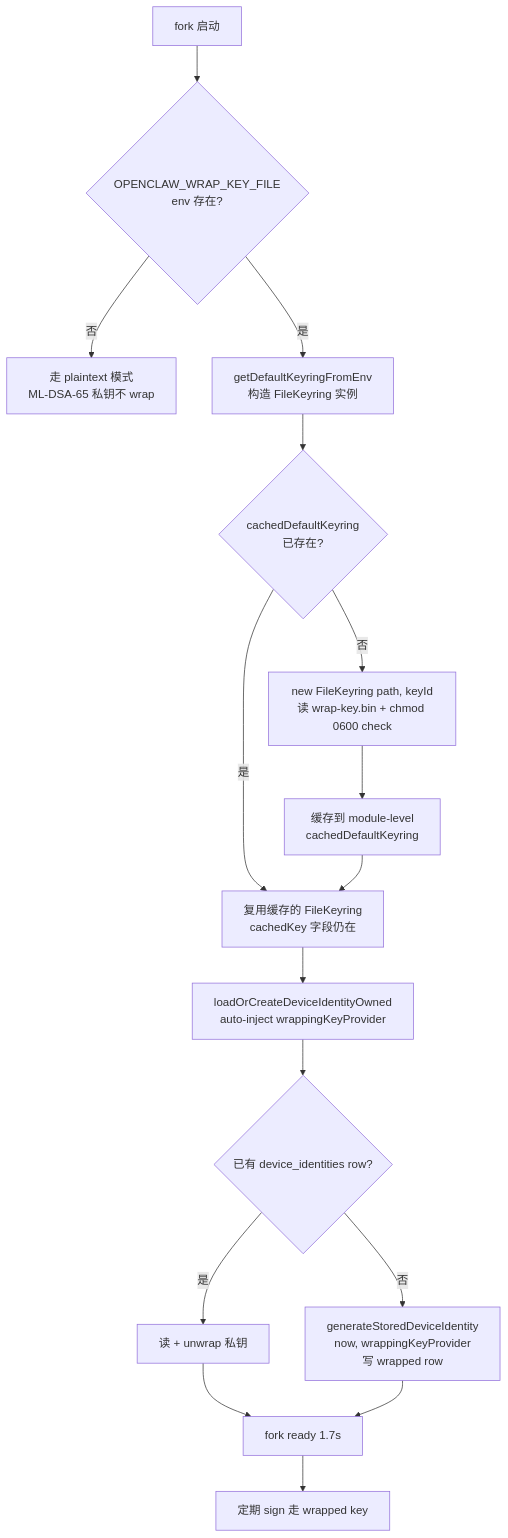
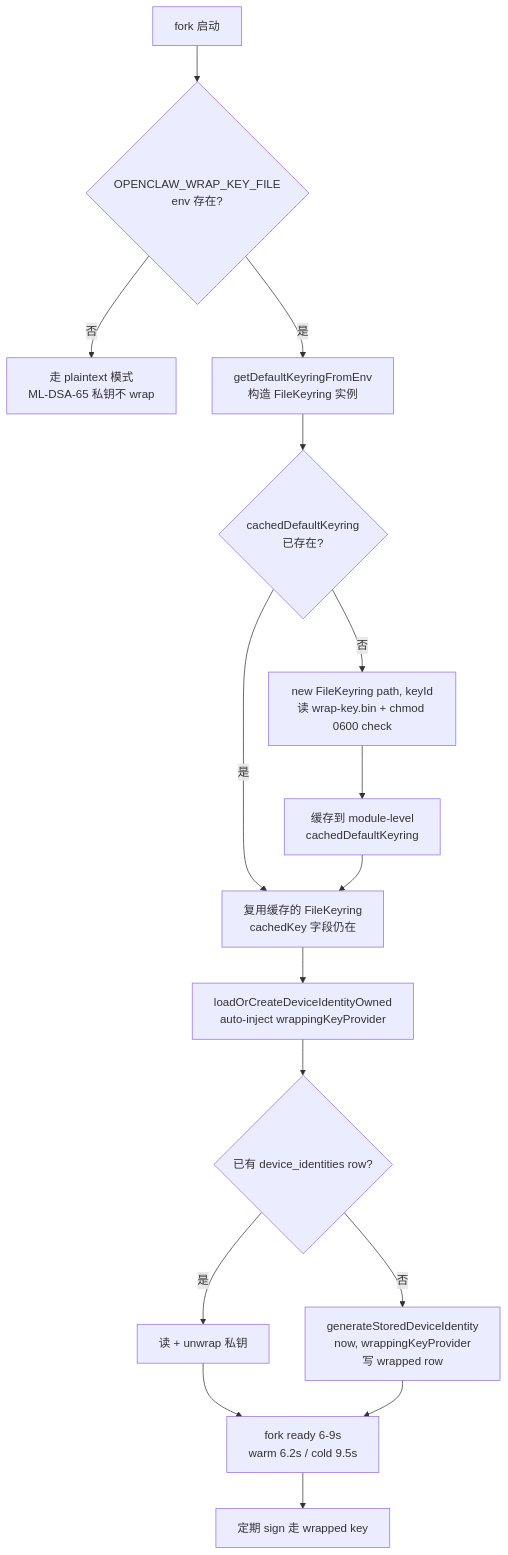
The first of 2 diagrams in docs/security/pqc-whitepaper.md (WU123-ABC-Cell/pqc-openclaw), drawn with Mermaid before and after one commit. The commit also changed other lines of this file, not shown here.

````diff
--- a/docs/security/pqc-whitepaper.md
+++ b/docs/security/pqc-whitepaper.md
@@ -247,18 +247,18 @@
 ```mermaid
 flowchart TD
     A[fork 启动] --> B{OPENCLAW_WRAP_KEY_FILE<br/>env 存在?}
     B -- 否 --> Z1[走 plaintext 模式<br/>ML-DSA-65 私钥不 wrap]
     B -- 是 --> C[getDefaultKeyringFromEnv<br/>构造 FileKeyring 实例]
     C --> D{cachedDefaultKeyring<br/>已存在?}
     D -- 是 --> E[复用缓存的 FileKeyring<br/>cachedKey 字段仍在]
     D -- 否 --> F[new FileKeyring path, keyId<br/>读 wrap-key.bin + chmod 0600 check]
     F --> G[缓存到 module-level<br/>cachedDefaultKeyring]
     G --> E
     E --> H[loadOrCreateDeviceIdentityOwned<br/>auto-inject wrappingKeyProvider]
     H --> I{已有 device_identities row?}
     I -- 是 --> J[读 + unwrap 私钥]
     I -- 否 --> K[generateStoredDeviceIdentity<br/>now, wrappingKeyProvider<br/>写 wrapped row]
-    J --> L[fork ready 1.7s]
+    J --> L[fork ready 6-9s<br/>warm 6.2s / cold 9.5s]
     K --> L
     L --> M[定期 sign 走 wrapped key]
 ```
````
